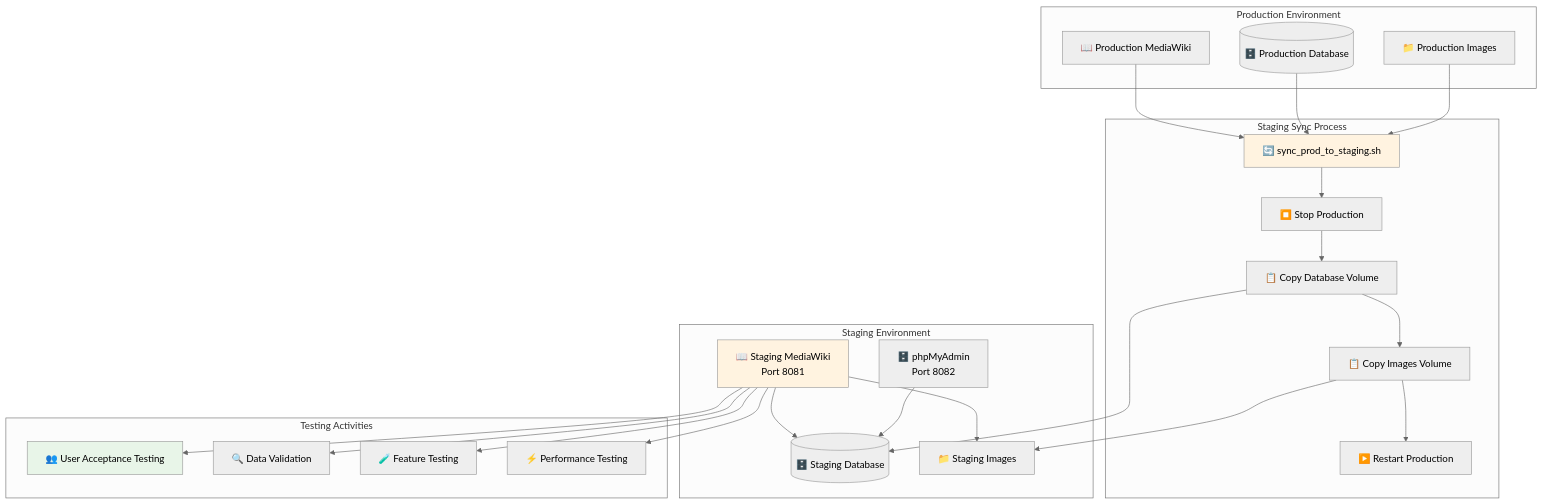
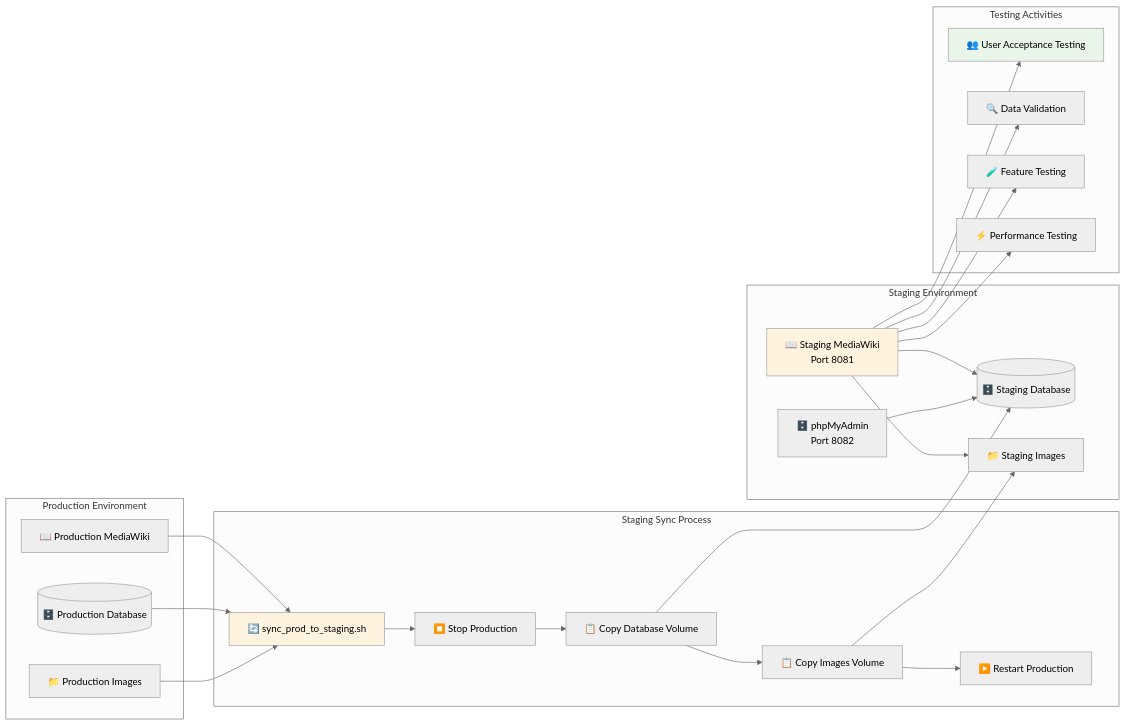
The fifth of 9 diagrams in src/DEPLOYMENT.qmd (maehr/Sexueller-Missbrauch-im-Umfeld-der-katholischen-Kirche-in-der-Schweiz), drawn with Mermaid (neutral theme) before and after one commit. The commit also changed other lines of this file and 3 other files, not shown here.

````diff
--- a/src/DEPLOYMENT.qmd
+++ b/src/DEPLOYMENT.qmd
@@ -258,55 +252,55 @@
 ```{mermaid}
-flowchart TD
+flowchart LR
     subgraph "Production Environment"
         ProdMW[📖 Production MediaWiki]
         ProdDB[(🗄️ Production Database)]
         ProdImages[📁 Production Images]
     end
 
     subgraph "Staging Sync Process"
         SyncScript[🔄 sync_prod_to_staging.sh]
         StopProd[⏹️ Stop Production]
         CopyDB[📋 Copy Database Volume]
         CopyImages[📋 Copy Images Volume]
         RestartProd[▶️ Restart Production]
     end
 
     subgraph "Staging Environment"
         StagingMW[📖 Staging MediaWiki<br/>Port 8081]
         StagingDB[(🗄️ Staging Database)]
         StagingImages[📁 Staging Images]
         PhpMyAdmin[🗄️ phpMyAdmin<br/>Port 8082]
     end
 
     subgraph "Testing Activities"
         UAT[👥 User Acceptance Testing]
         DataValidation[🔍 Data Validation]
         FeatureTest[🧪 Feature Testing]
         PerformanceTest[⚡ Performance Testing]
     end
 
     ProdMW --> SyncScript
     ProdDB --> SyncScript
     ProdImages --> SyncScript
 
     SyncScript --> StopProd
     StopProd --> CopyDB
     CopyDB --> CopyImages
     CopyImages --> RestartProd
 
     CopyDB --> StagingDB
     CopyImages --> StagingImages
 
     StagingMW --> StagingDB
     StagingMW --> StagingImages
     PhpMyAdmin --> StagingDB
 
     StagingMW --> UAT
     StagingMW --> DataValidation
     StagingMW --> FeatureTest
     StagingMW --> PerformanceTest
 
     style SyncScript fill:#fff3e0
     style StagingMW fill:#fff3e0
     style UAT fill:#e8f5e8
 ```
````
